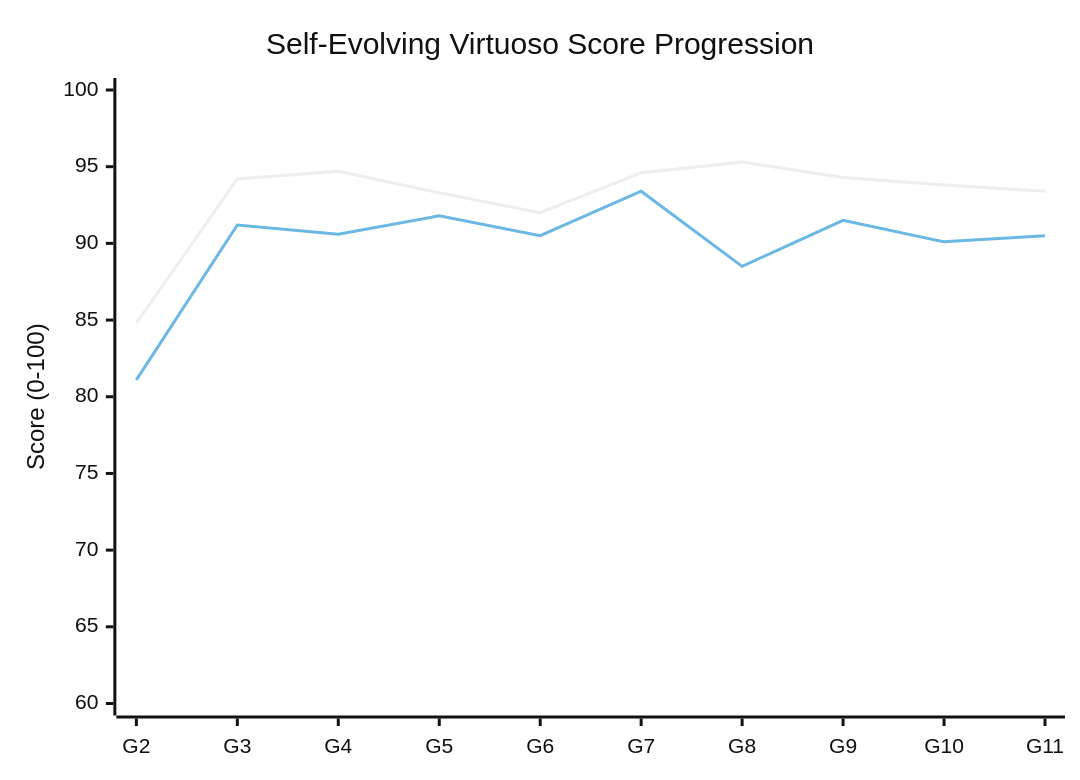
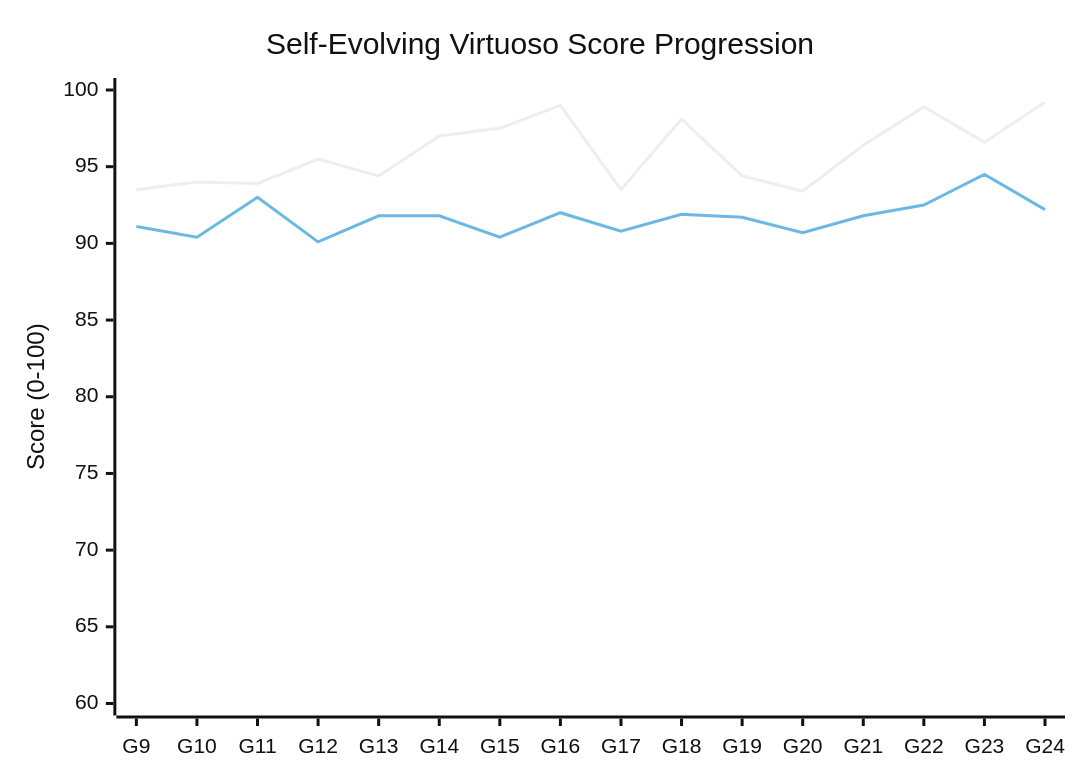
The first of 2 diagrams in obsidian_vault/00_Dashboard/Evolution_Overview.md (AI-Avalon/Disklavier-Auto), drawn with Mermaid (neutral theme) before and after one commit. The commit also changed other lines of this file and 36 other files, not shown here.

````diff
--- a/obsidian_vault/00_Dashboard/Evolution_Overview.md
+++ b/obsidian_vault/00_Dashboard/Evolution_Overview.md
@@ -19,8 +19,8 @@
 ```mermaid
 xychart-beta
     title "Self-Evolving Virtuoso Score Progression"
-    x-axis [G2, G3, G4, G5, G6, G7, G8, G9, G10, G11]
+    x-axis [G9, G10, G11, G12, G13, G14, G15, G16, G17, G18, G19, G20, G21, G22, G23, G24]
     y-axis "Score (0-100)" 60 --> 100
-    line [84.8, 94.2, 94.7, 93.3, 92.0, 94.6, 95.3, 94.3, 93.8, 93.4]
-    line [81.1, 91.2, 90.6, 91.8, 90.5, 93.4, 88.5, 91.5, 90.1, 90.5]
+    line [93.5, 94.0, 93.9, 95.5, 94.4, 97.0, 97.5, 99.0, 93.5, 98.1, 94.4, 93.4, 96.4, 98.9, 96.6, 99.2]
+    line [91.1, 90.4, 93.0, 90.1, 91.8, 91.8, 90.4, 92.0, 90.8, 91.9, 91.7, 90.7, 91.8, 92.5, 94.5, 92.2]
 ```
````
